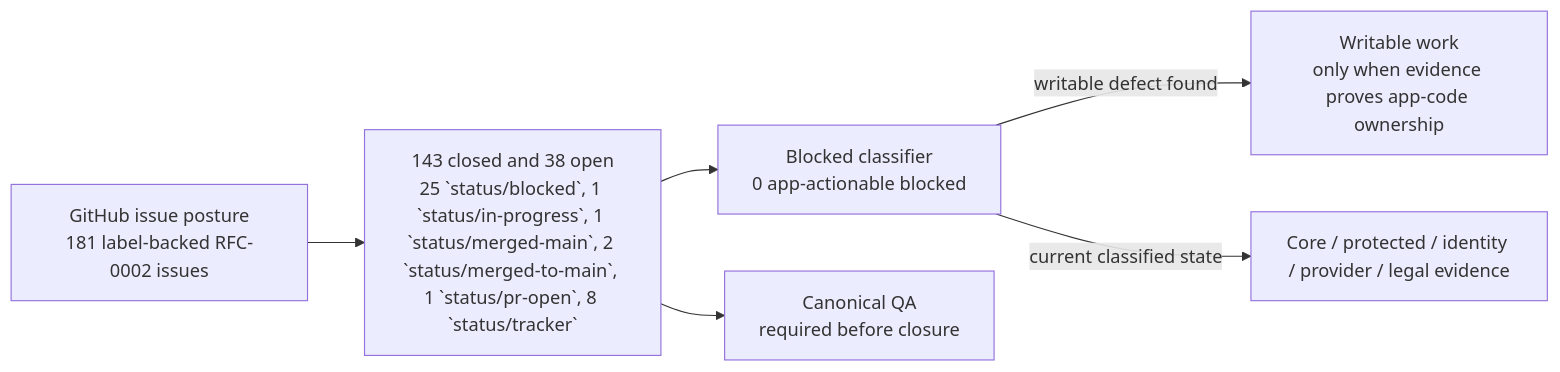
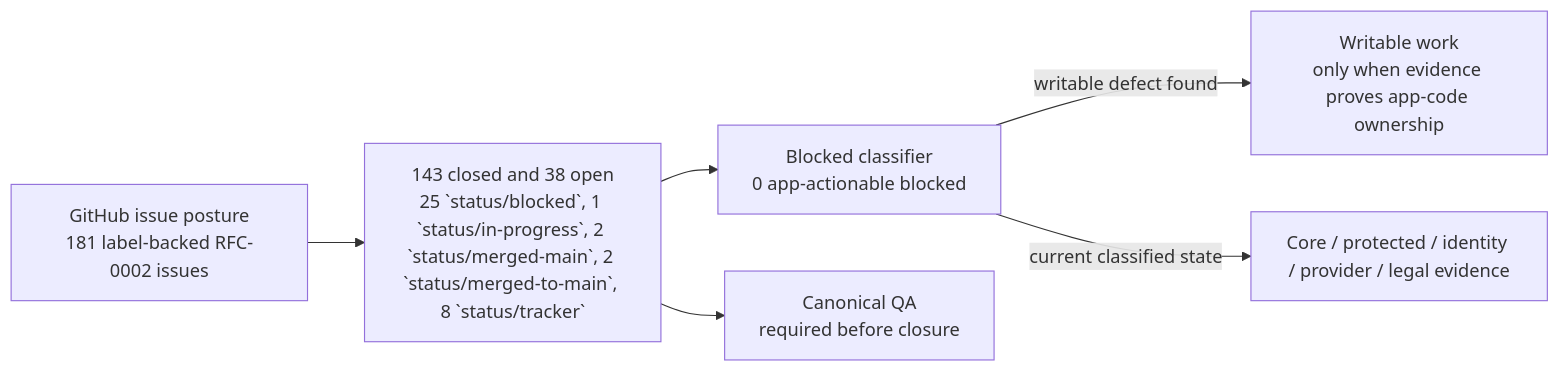
One commit to sgajbi/lotus-idea changed the first of 2 diagrams in wiki/RFC-0002-Execution-Status.md. Above: the diagram before and after it, drawn with Mermaid. The commit also changed other lines of this file and 10 other files, not shown here.

Commit message:
docs: sync merged-main RFC-0002 issue 1033 evidence

````diff
--- a/wiki/RFC-0002-Execution-Status.md
+++ b/wiki/RFC-0002-Execution-Status.md
@@ -39,15 +39,15 @@
 ```mermaid
 flowchart LR
     Issues["GitHub issue posture<br/>181 label-backed RFC-0002 issues"]
-    Open["143 closed and 38 open<br/>25 `status/blocked`, 1 `status/in-progress`, 1 `status/merged-main`, 2 `status/merged-to-main`, 1 `status/pr-open`, 8 `status/tracker`"]
+    Open["143 closed and 38 open<br/>25 `status/blocked`, 1 `status/in-progress`, 2 `status/merged-main`, 2 `status/merged-to-main`, 8 `status/tracker`"]
     Blocked["Blocked classifier<br/>0 app-actionable blocked"]
     Work["Writable work<br/>only when evidence proves app-code ownership"]
     External["Core / protected / identity / provider / legal evidence"]
     QA["Canonical QA<br/>required before closure"]
 
     Issues --> Open
     Open --> Blocked
     Blocked -->|"writable defect found"| Work
     Blocked -->|"current classified state"| External
     Open --> QA
 ```
````
